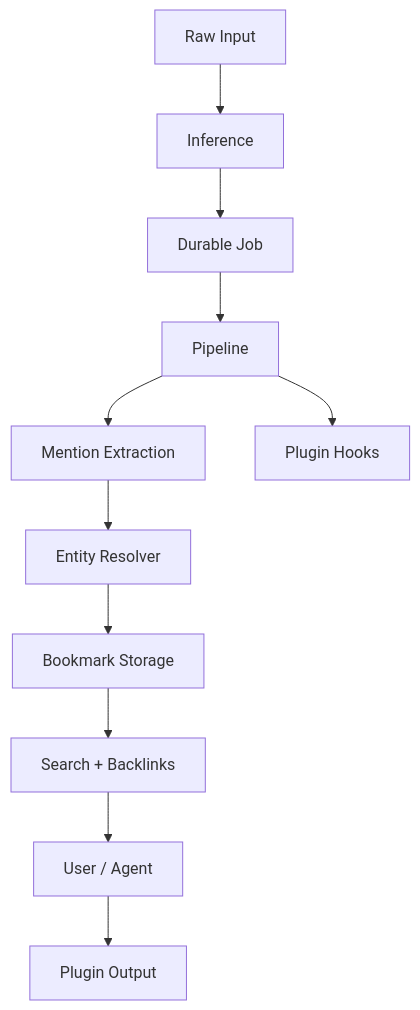
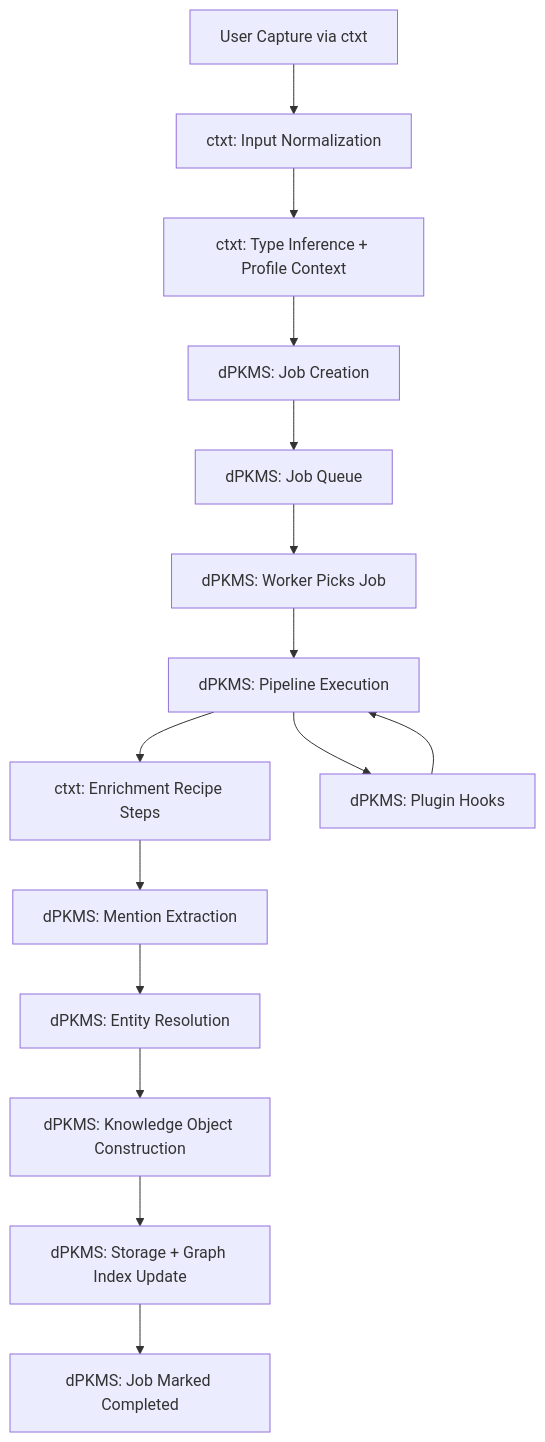
The third of 5 diagrams in docs/architecture.md (ContextHelp/ContextHelp), drawn with Mermaid before and after one commit. The commit also changed other lines of this file and 127 other files, not shown here.

Commit message:
docs: context.help = dpkms + ctxt

````diff
--- a/docs/architecture.md
+++ b/docs/architecture.md
@@ -408,13 +1074,17 @@
 ```mermaid
 flowchart TD
-    A[Raw Input] --> B[Inference]
-    B --> C[Durable Job]
-    C --> D[Pipeline]
-    D --> E[Mention Extraction]
-    E --> F[Entity Resolver]
-    F --> G[Bookmark Storage]
-    G --> H[Search + Backlinks]
-    H --> I[User / Agent]
-    D --> J[Plugin Hooks]
-    I --> K[Plugin Output]
+    A[User Capture via ctxt] --> B[ctxt: Input Normalization]
+    B --> C[ctxt: Type Inference + Profile Context]
+    C --> D[dPKMS: Job Creation]
+    D --> E[dPKMS: Job Queue]
+    E --> F[dPKMS: Worker Picks Job]
+    F --> G[dPKMS: Pipeline Execution]
+    G --> H[ctxt: Enrichment Recipe Steps]
+    H --> I[dPKMS: Mention Extraction]
+    I --> J[dPKMS: Entity Resolution]
+    J --> K[dPKMS: Knowledge Object Construction]
+    K --> L[dPKMS: Storage + Graph Index Update]
+    L --> M[dPKMS: Job Marked Completed]
+    G --> N[dPKMS: Plugin Hooks]
+    N --> G
 ```
````
